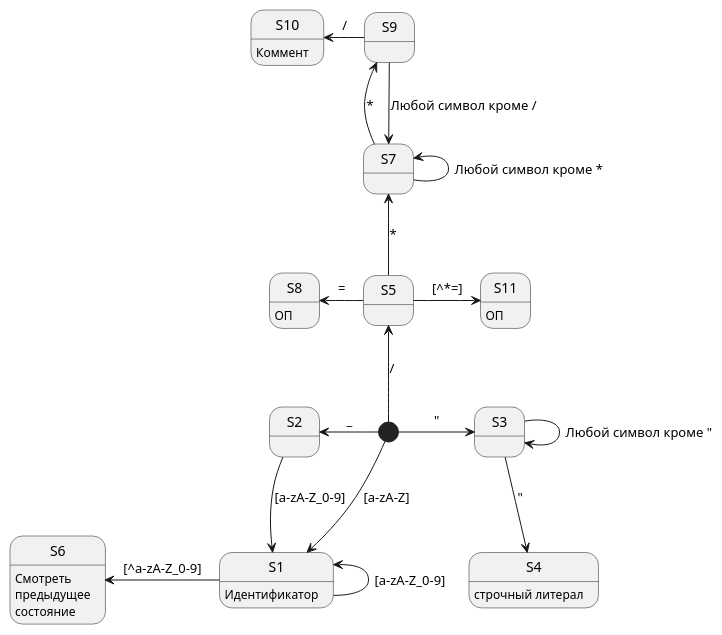
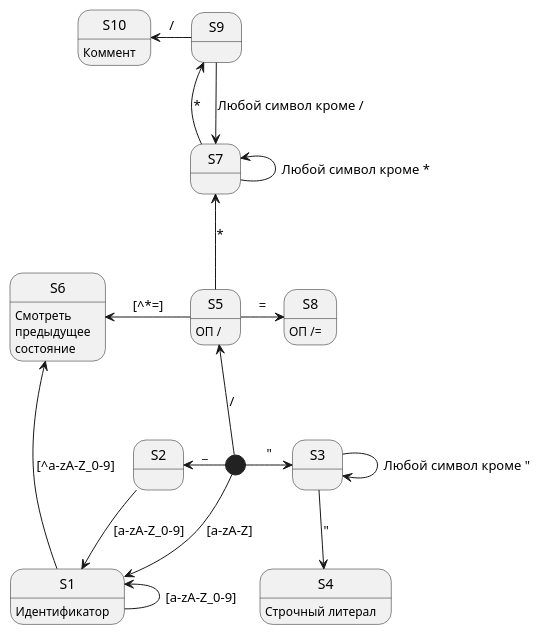
One commit to vladimirlll/CSharpLexicalAnalyzer changed the diagram in Диаграмма состояния для ЛА/sd.puml. Above: the diagram before and after it, drawn with PlantUML. The commit also changed 2 other files, not shown here.

Commit message:
Исправлены некоторые ошибки в диаграмме состояний - переходов

```diff
--- a/Диаграмма состояния для ЛА/sd.puml
+++ b/Диаграмма состояния для ЛА/sd.puml
@@ -1,31 +1,31 @@
 @startuml "sd1"
 
 [*] -down-> S1 : [a-zA-Z]
 [*] -left-> S2 : _
 S2 -down-> S1 : [a-zA-Z_0-9]
 S1 -left-> S1 : [a-zA-Z_0-9]
 S1 -left-> S6 : [^a-zA-Z_0-9]
 S1 : Идентификатор
 S6 : Смотреть\nпредыдущее\nсостояние
 
 [*] -right-> S3 : "
 S3 -right-> S3 : Любой символ кроме "
 S3 -down-> S4 : "
-S4 : строчный литерал
+S4 : Строчный литерал
 
 [*] -up-> S5 : /
 S5 -up-> S7 : *
+S5 : ОП /
+S5 -left-> S6 : [^*=]
+S5 -right-> S8 : =
 
-S5 -right-> S11 : [^*=]
-S11 : ОП
-S5 -left-> S8 : =
-S8 : ОП
+S8 : ОП /=
 
 S7 -up-> S7 : Любой символ кроме *
 S7 -up-> S9 : *
 S9 -down-> S7 : Любой символ кроме /
 S9 -left-> S10 : /
 S10 : Коммент
 
 
 @enduml
```
